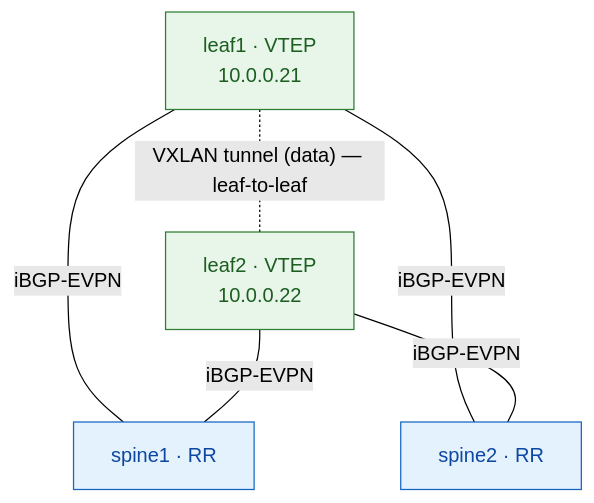
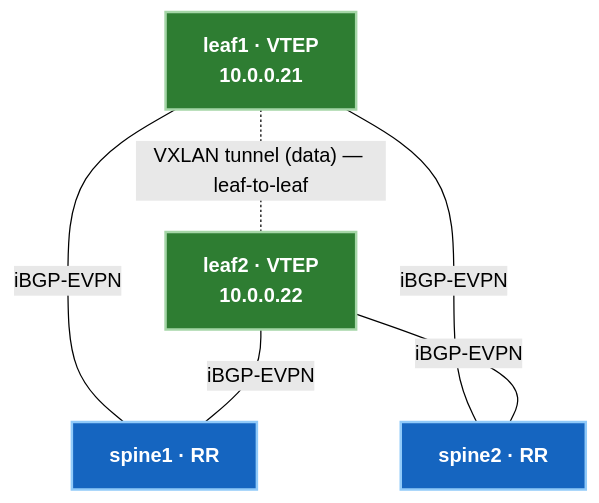
One commit to etherhtun/netforge-labs changed the diagram in docs/archive/juniper-vxlan-evpn/02-overlay-rr.md. Above: the diagram before and after it, drawn with Mermaid (forest theme). The commit also changed 7 other files, not shown here.

Commit message:
fix(diagrams): update all Mermaid diagrams to use high-contrast white text on filled nodes for 100% visibility in both light and dark site themes

````diff
--- a/docs/archive/juniper-vxlan-evpn/02-overlay-rr.md
+++ b/docs/archive/juniper-vxlan-evpn/02-overlay-rr.md
@@ -123,14 +123,15 @@
 ```mermaid
 graph TB
     S1["spine1 · RR"]:::s
     S2["spine2 · RR"]:::s
     L1["leaf1 · VTEP<br/>10.0.0.21"]:::l
     L2["leaf2 · VTEP<br/>10.0.0.22"]:::l
     L1 ---|iBGP-EVPN| S1
     L1 ---|iBGP-EVPN| S2
     L2 ---|iBGP-EVPN| S1
     L2 ---|iBGP-EVPN| S2
     L1 -. "VXLAN tunnel (data) — leaf-to-leaf" .- L2
-    classDef s fill:#e3f2fd,stroke:#1565c0,color:#0d47a1;
-    classDef l fill:#e8f5e9,stroke:#2e7d32,color:#1b5e20;
+    classDef s fill:#1565c0,stroke:#90caf9,color:#ffffff,stroke-width:2px,font-weight:bold;
+    classDef l fill:#2e7d32,stroke:#a5d6a7,color:#ffffff,stroke-width:2px,font-weight:bold;
+    class S1,S2 s; class L1,L2 l;
 ```
````
